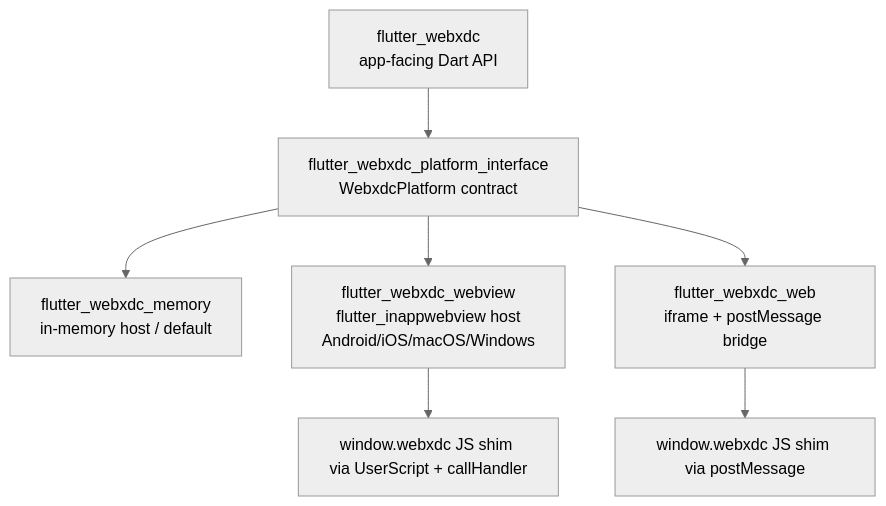
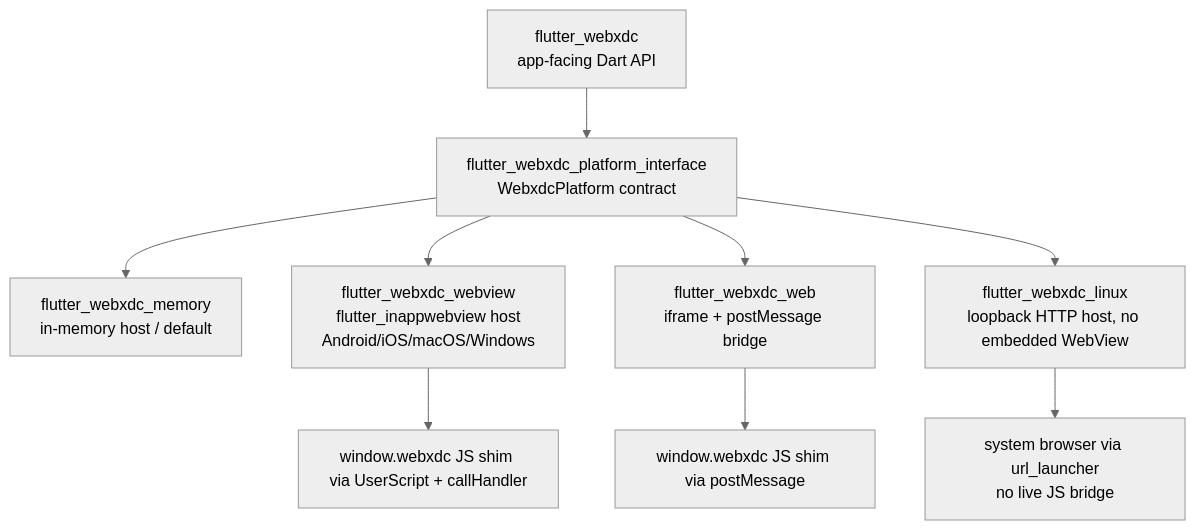
Before and after one commit to dwd/flutter_webxdc: the diagram in doc/design.md, drawn with Mermaid (neutral theme). The commit also changed other lines of this file and 17 other files, not shown here.

````diff
--- a/doc/design.md
+++ b/doc/design.md
@@ -43,9 +43,11 @@
 ```mermaid
 graph TD
   App[flutter_webxdc<br/>app-facing Dart API] --> Interface[flutter_webxdc_platform_interface<br/>WebxdcPlatform contract]
   Interface --> Memory[flutter_webxdc_memory<br/>in-memory host / default]
   Interface --> Webview[flutter_webxdc_webview<br/>flutter_inappwebview host<br/>Android/iOS/macOS/Windows]
   Interface --> Web[flutter_webxdc_web<br/>iframe + postMessage bridge]
+  Interface --> Linux[flutter_webxdc_linux<br/>loopback HTTP host, no embedded WebView]
   Webview --> JSBridge1[window.webxdc JS shim via UserScript + callHandler]
   Web --> JSBridge2[window.webxdc JS shim via postMessage]
+  Linux --> Browser[system browser via url_launcher<br/>no live JS bridge]
 ```
````
